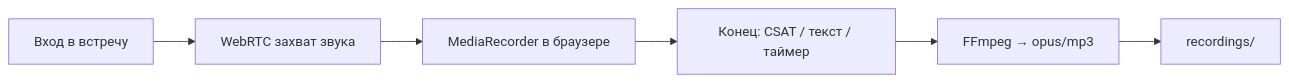
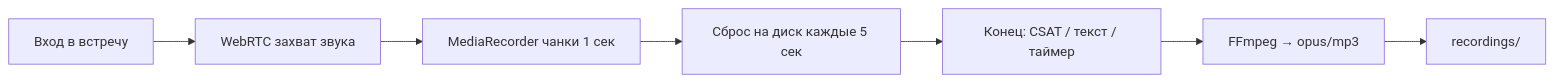
Before and after one commit to UnSait/telemost-recorder: the diagram in README.md, drawn with Mermaid. The commit also changed other lines of this file and 5 other files, not shown here.

````diff
--- a/README.md
+++ b/README.md
@@ -122,8 +122,9 @@
 ```mermaid
 flowchart LR
     join[Вход в встречу] --> webrtc[WebRTC захват звука]
-    webrtc --> record[MediaRecorder в браузере]
-    record --> meetingEnd[Конец: CSAT / текст / таймер]
+    webrtc --> record[MediaRecorder чанки 1 сек]
+    record --> flush[Сброс на диск каждые 5 сек]
+    flush --> meetingEnd[Конец: CSAT / текст / таймер]
     meetingEnd --> ffmpeg[FFmpeg → opus/mp3]
     ffmpeg --> file[recordings/]
 ```
````
